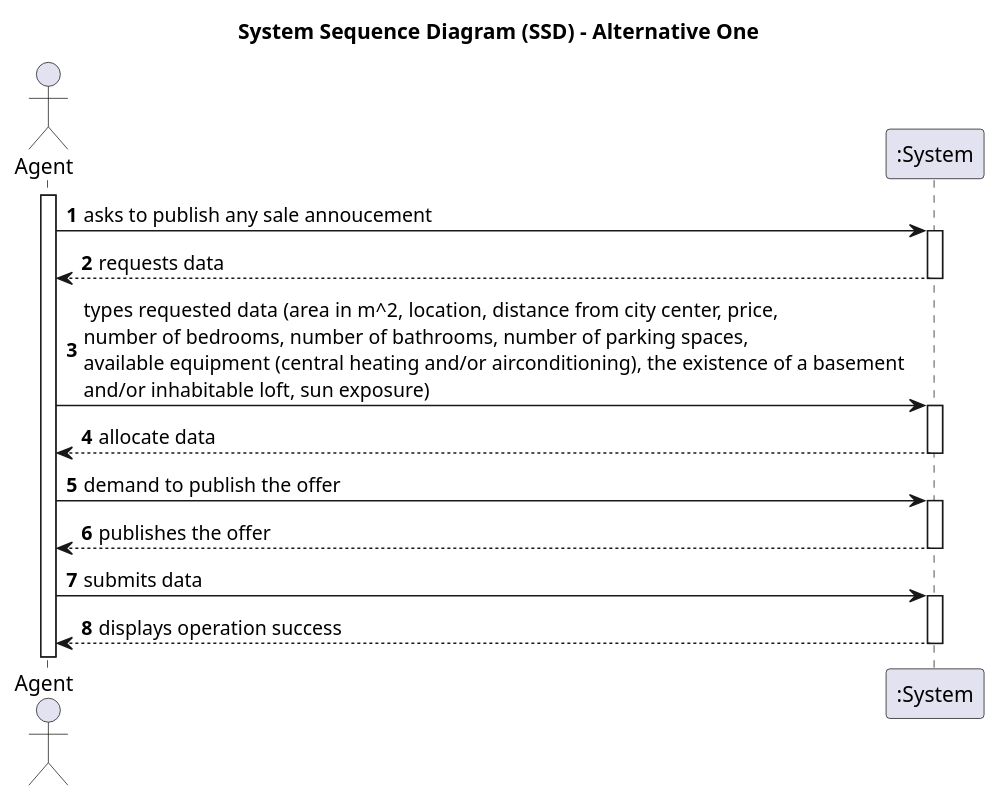
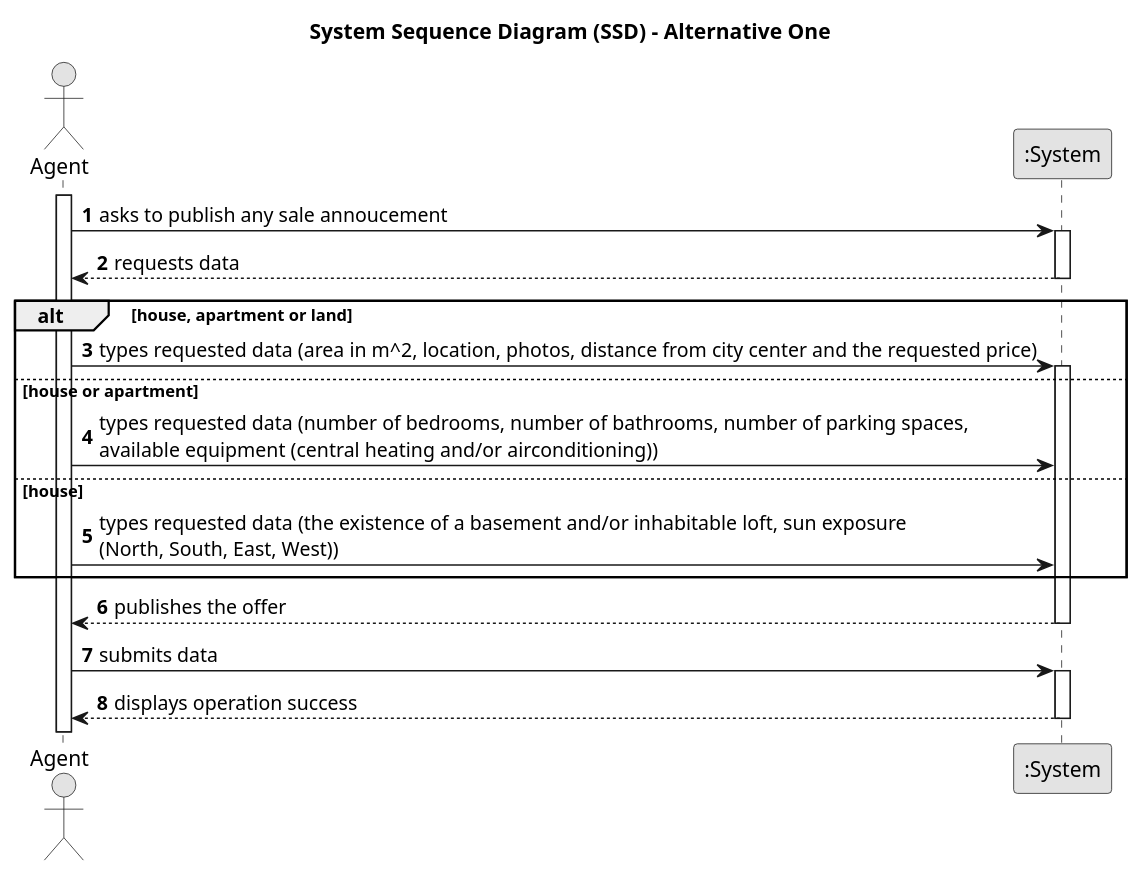
Before and after one commit to PureNimble/ISEP-LAPR2: the diagram in docs/sprintA/US02/01.requirements-engineering/puml/us02-system-sequence-diagram.puml, drawn with PlantUML.

Commit message:
us02-system-sequence-diagram update

```diff
--- a/docs/sprintA/US02/01.requirements-engineering/puml/us02-system-sequence-diagram.puml
+++ b/docs/sprintA/US02/01.requirements-engineering/puml/us02-system-sequence-diagram.puml
@@ -1,38 +1,47 @@
 @startuml
+skinparam monochrome true
 skinparam packageStyle rectangle
 skinparam shadowing false
 
 title System Sequence Diagram (SSD) - Alternative One
 
 autonumber
 
 actor "Agent" as Agent
 participant ":System" as System
 
 activate Agent
 
     Agent -> System : asks to publish any sale annoucement
     activate System
 
         System --> Agent : requests data
     deactivate System
 
-    Agent -> System : types requested data (area in m^2, location, distance from city center, price, \nnumber of bedrooms, number of bathrooms, number of parking spaces, \navailable equipment (central heating and/or airconditioning), the existence of a basement \nand/or inhabitable loft, sun exposure)
+    alt house, apartment or land
+
+    Agent -> System : types requested data (area in m^2, location, photos, distance from city center and the requested price)
 
     activate System
 
-        System --> Agent : allocate data
-    deactivate System
+    else house or apartment
 
-    Agent -> System :  demand to publish the offer
-    activate System
+    Agent -> System : types requested data (number of bedrooms, number of bathrooms, number of parking spaces, \navailable equipment (central heating and/or airconditioning))
 
-        System --> Agent : publishes the offer
+    else house
+
+    Agent -> System : types requested data (the existence of a basement and/or inhabitable loft, sun exposure \n(North, South, East, West))
+
+    end
+
+    System --> Agent : publishes the offer
     deactivate System
 
     Agent -> System : submits data
     activate System
 
-        System --> Agent : displays operation success
+    System --> Agent : displays operation success
     deactivate System
+
+
 @enduml
```
